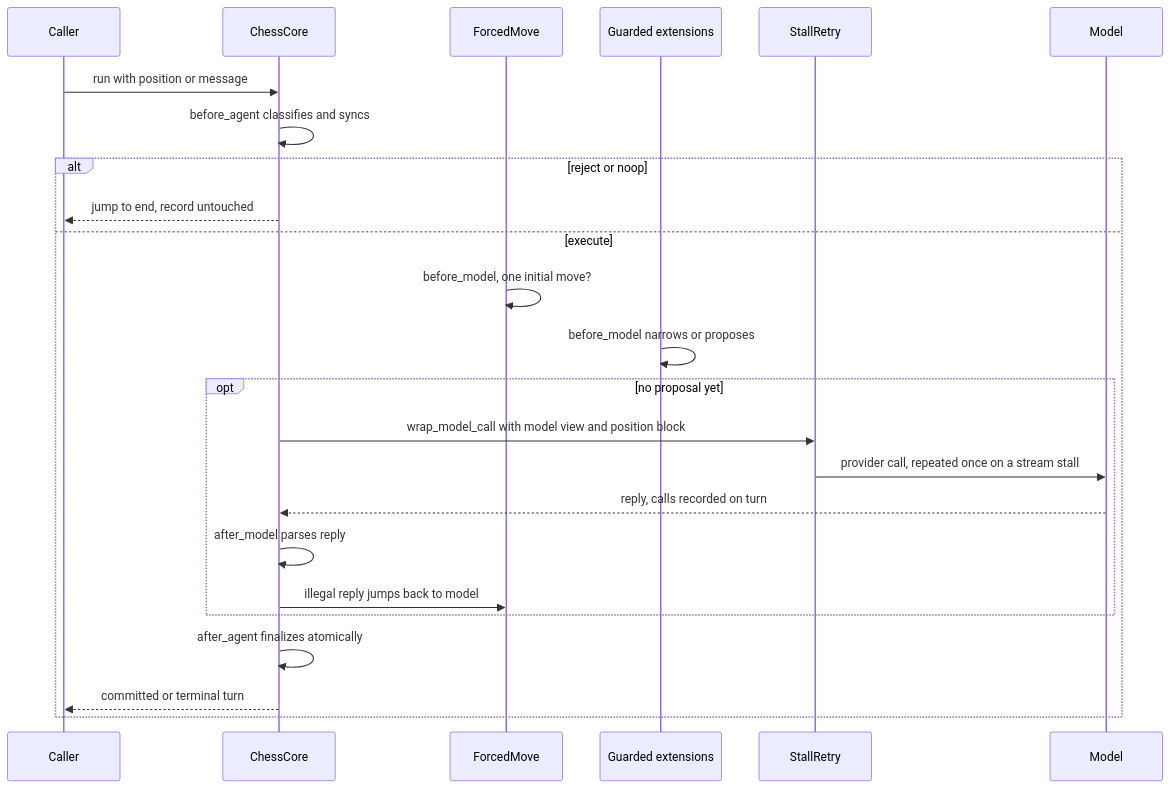
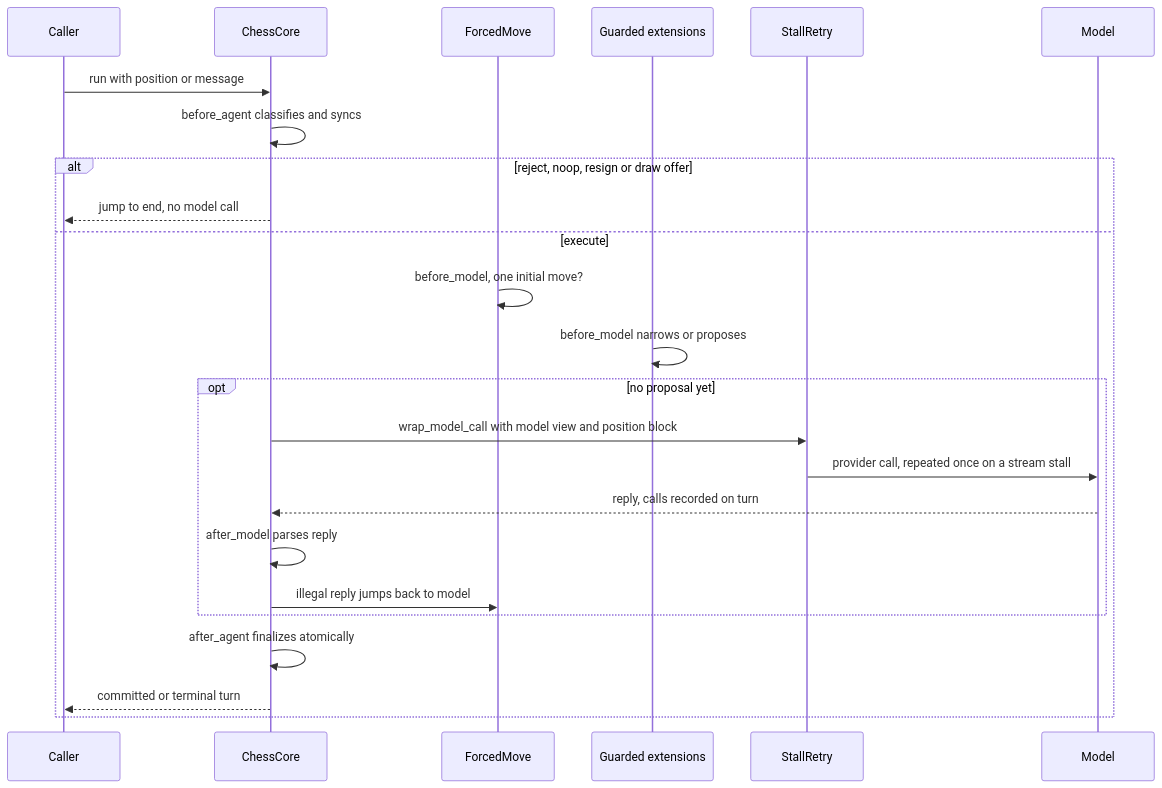
Before and after one commit to darieldatoon/langchain-chess: the first of 3 diagrams in openwiki/architecture/turn-lifecycle.md, drawn with Mermaid. The commit also changed other lines of this file and 48 other files, not shown here.

````diff
--- a/openwiki/architecture/turn-lifecycle.md
+++ b/openwiki/architecture/turn-lifecycle.md
@@ -92,26 +98,26 @@
 ```mermaid
 sequenceDiagram
     participant C as Caller
     participant Core as ChessCore
     participant Fm as ForcedMove
     participant Ext as Guarded extensions
     participant Sr as StallRetry
     participant M as Model
     C->>Core: run with position or message
     Core->>Core: before_agent classifies and syncs
-    alt reject or noop
-        Core-->>C: jump to end, record untouched
+    alt reject, noop, resign or draw offer
+        Core-->>C: jump to end, no model call
     else execute
         Fm->>Fm: before_model, one initial move?
         Ext->>Ext: before_model narrows or proposes
         opt no proposal yet
             Core->>Sr: wrap_model_call with model view and position block
             Sr->>M: provider call, repeated once on a stream stall
             M-->>Core: reply, calls recorded on turn
             Core->>Core: after_model parses reply
             Core->>Fm: illegal reply jumps back to model
         end
         Core->>Core: after_agent finalizes atomically
         Core-->>C: committed or terminal turn
     end
 ```
````
